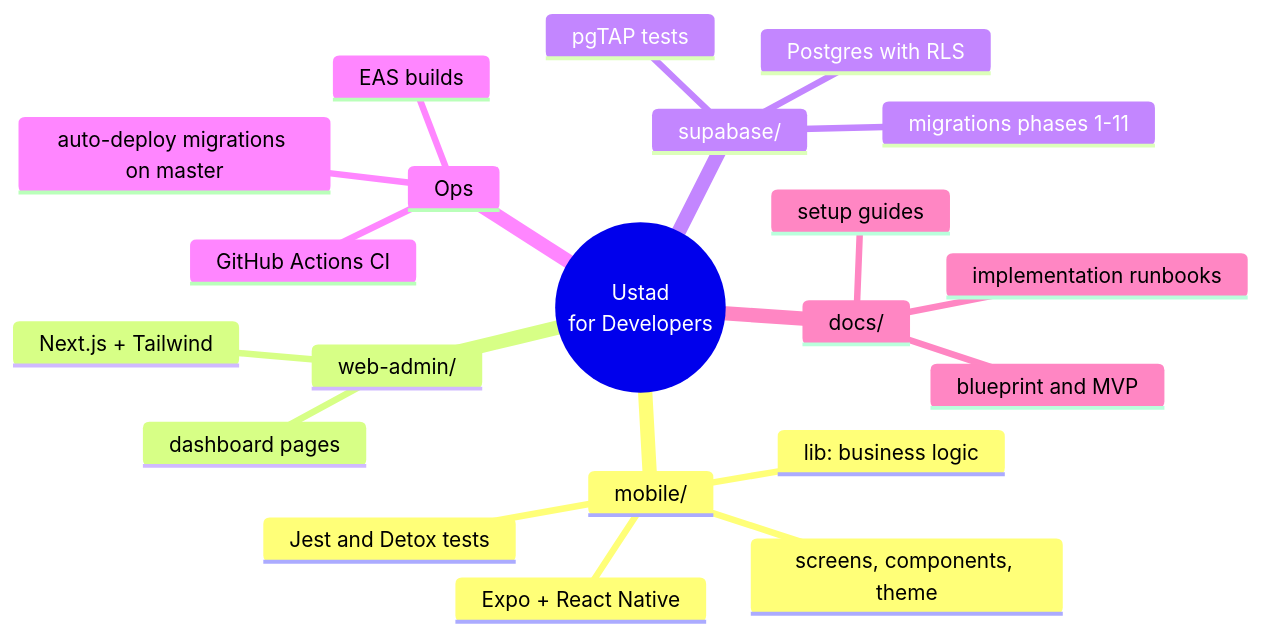
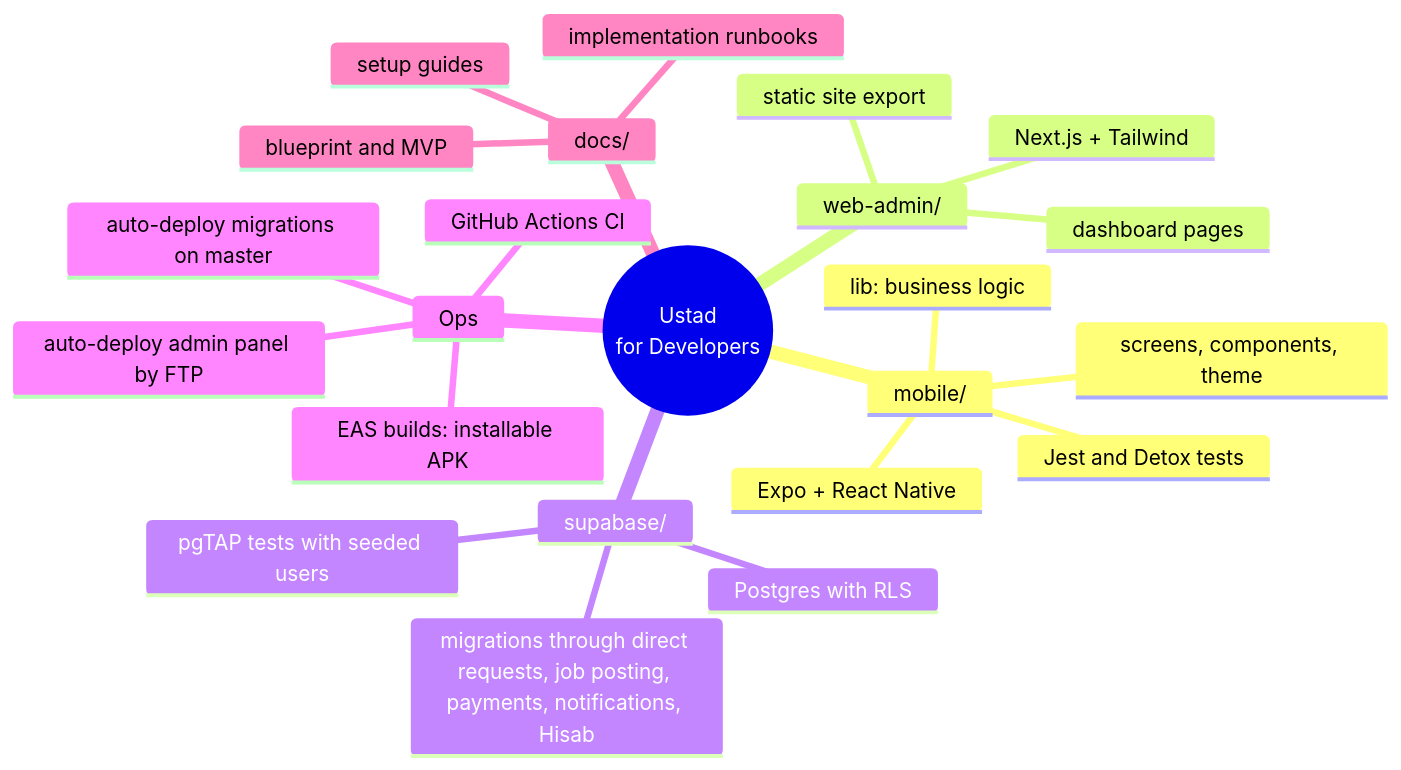
Before and after one commit to illauddinmarwat/ustad: the third of 3 diagrams in docs/mind-map.md, drawn with Mermaid. The commit also changed 7 other files, not shown here.

First line of the commit message:
Docs: features overview, deploy and hosting status, APK-only build notes

````diff
--- a/docs/mind-map.md
+++ b/docs/mind-map.md
@@ -89,24 +89,26 @@
 ```mermaid
 mindmap
   root((Ustad<br/>for Developers))
     mobile/
       Expo + React Native
       screens, components, theme
       lib: business logic
       Jest and Detox tests
     web-admin/
       Next.js + Tailwind
+      static site export
       dashboard pages
     supabase/
       Postgres with RLS
-      migrations phases 1-11
-      pgTAP tests
+      migrations through direct requests, job posting, payments, notifications, Hisab
+      pgTAP tests with seeded users
     Ops
       GitHub Actions CI
       auto-deploy migrations on master
-      EAS builds
+      auto-deploy admin panel by FTP
+      EAS builds: installable APK
     docs/
       blueprint and MVP
       setup guides
       implementation runbooks
 ```
````
